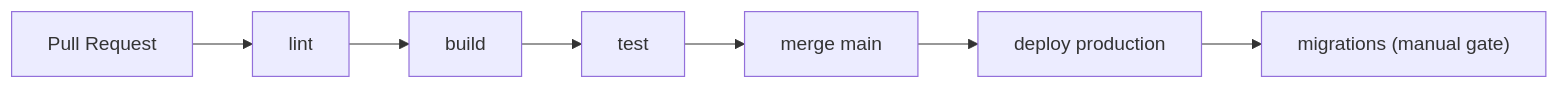
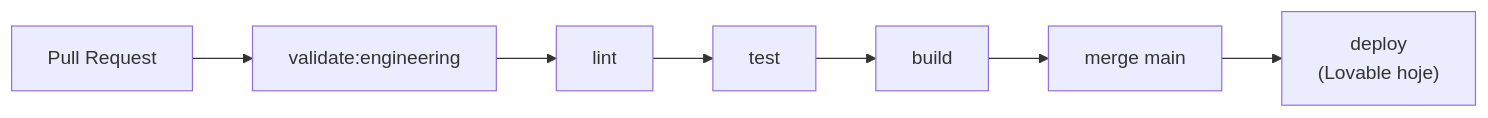
The diagram in docs/08-operations/cicd.md (Lotus-ofc/supabase-magic-portal), drawn with Mermaid before and after one commit. The commit also changed other lines of this file and 130 other files, not shown here.

````diff
--- a/docs/08-operations/cicd.md
+++ b/docs/08-operations/cicd.md
@@ -27,9 +30,9 @@
 ```mermaid
 flowchart LR
-    PR["Pull Request"] --> LINT["lint"]
-    LINT --> BUILD["build"]
-    BUILD --> TEST["test"]
-    TEST --> MERGE["merge main"]
-    MERGE --> DEPLOY["deploy production"]
-    DEPLOY --> MIG["migrations (manual gate)"]
+    PR["Pull Request"] --> VAL["validate:engineering"]
+    VAL --> LINT["lint"]
+    LINT --> TEST["test"]
+    TEST --> BUILD["build"]
+    BUILD --> MERGE["merge main"]
+    MERGE --> DEPLOY["deploy\n(Lovable hoje)"]
 ```
````
